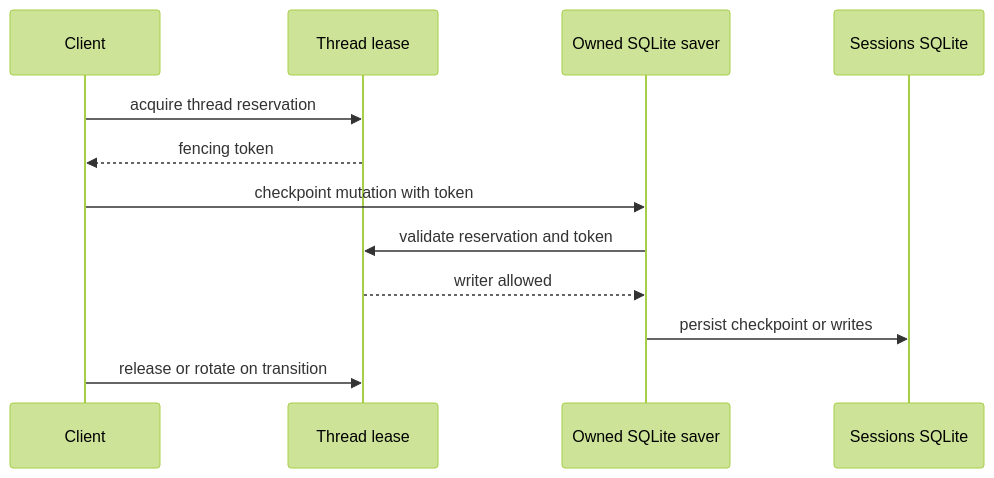
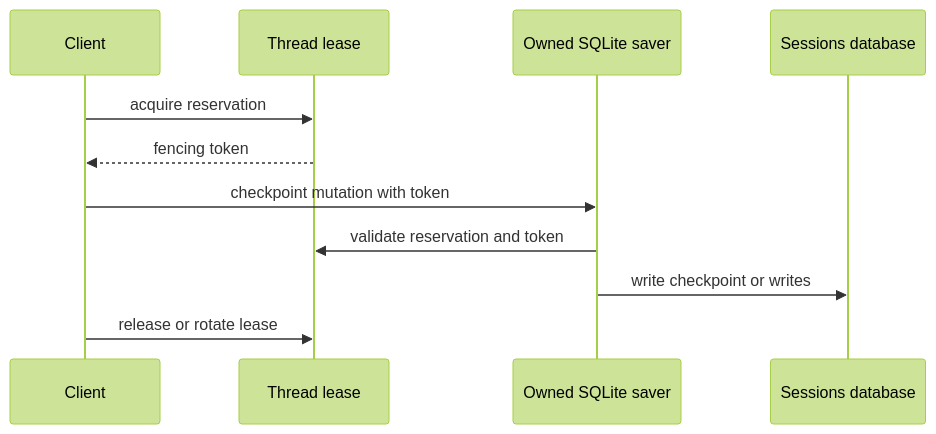
The second of 3 diagrams in openwiki/operations/cost-and-sessions.md (langchain-ai/deepagents), drawn with Mermaid (forest theme) before and after one commit. The commit also changed other lines of this file and 67 other files, not shown here.

````diff
--- a/openwiki/operations/cost-and-sessions.md
+++ b/openwiki/operations/cost-and-sessions.md
@@ -157,14 +112,13 @@
 ```mermaid
 sequenceDiagram
     participant Client as Client
     participant Lease as Thread lease
     participant Saver as Owned SQLite saver
-    participant DB as Sessions SQLite
-    Client->>Lease: acquire thread reservation
+    participant Store as Sessions database
+    Client->>Lease: acquire reservation
     Lease-->>Client: fencing token
     Client->>Saver: checkpoint mutation with token
     Saver->>Lease: validate reservation and token
-    Lease-->>Saver: writer allowed
-    Saver->>DB: persist checkpoint or writes
-    Client->>Lease: release or rotate on transition
+    Saver->>Store: write checkpoint or writes
+    Client->>Lease: release or rotate lease
 ```
````
